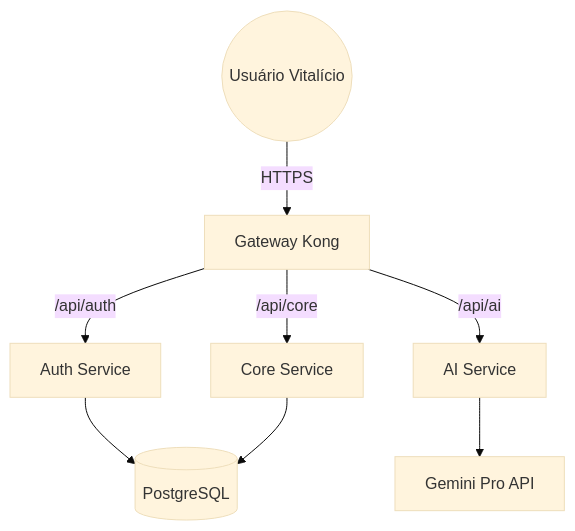
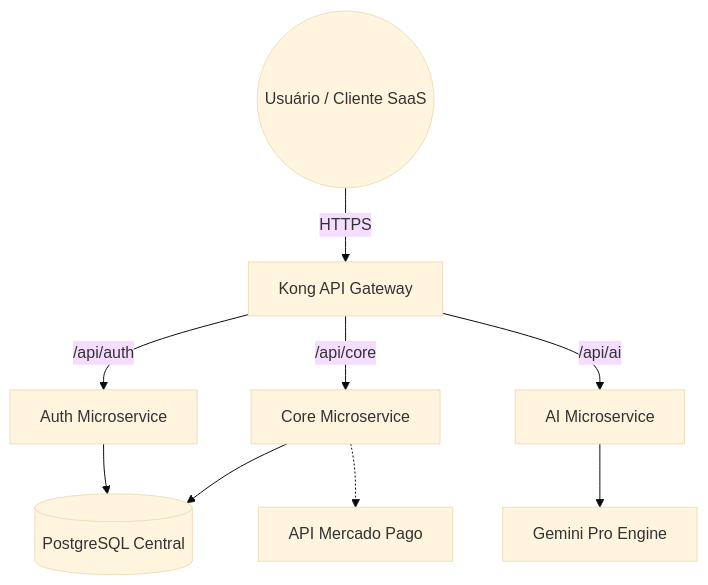
One commit to Eduardo09e32y4rhf/innovation changed the diagram in README.md. Above: the diagram before and after it, drawn with Mermaid (base theme). The commit also changed other lines of this file and 87 other files, not shown here.

````diff
--- a/README.md
+++ b/README.md
@@ -62,10 +60,11 @@
 ```mermaid
 graph TD;
-    User((Usuário Vitalício)) -->|HTTPS| Kong[Gateway Kong]
-    Kong -->|/api/auth| Auth[Auth Service]
-    Kong -->|/api/core| Core[Core Service]
-    Kong -->|/api/ai| AI[AI Service]
-    Auth --> DB[(PostgreSQL)]
+    Client((Usuário / Cliente SaaS)) -->|HTTPS| Kong[Kong API Gateway]
+    Kong -->|/api/auth| Auth[Auth Microservice]
+    Kong -->|/api/core| Core[Core Microservice]
+    Kong -->|/api/ai| AI[AI Microservice]
+    Auth --> DB[(PostgreSQL Central)]
     Core --> DB
-    AI --> Gemini[Gemini Pro API]
+    AI --> Gemini[Gemini Pro Engine]
+    Core -.-> MercadoPago[API Mercado Pago]
 ```
````
